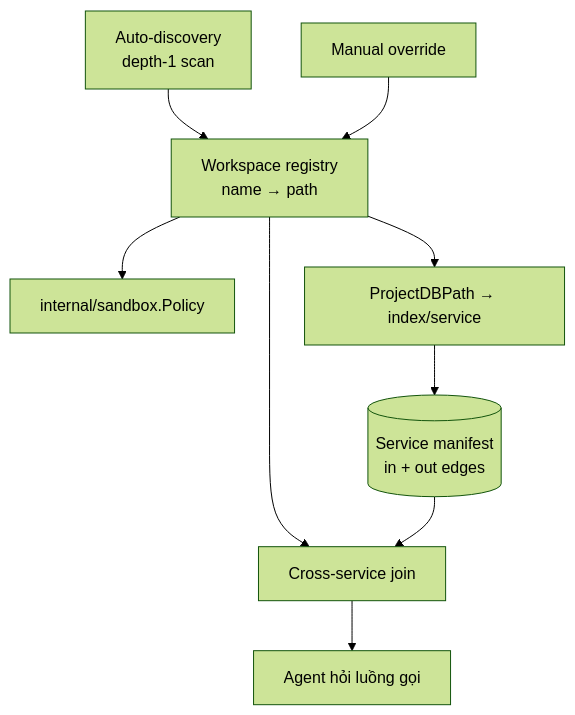
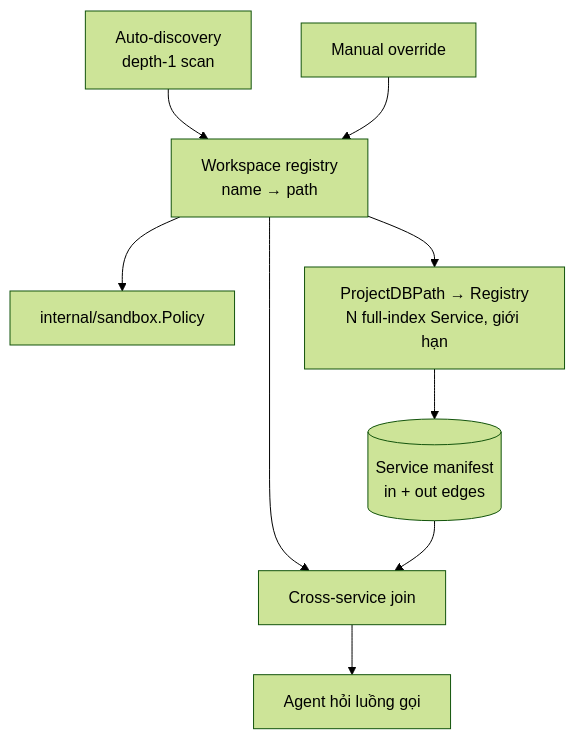
Before and after one commit to syurodev/dev-kit: the diagram in docs/dev-kit/workspace.mdx, drawn with Mermaid (forest theme). The commit also changed other lines of this file, not shown here.

First line of the commit message:
docs(workspace): relax FR-1 to a capped N-service Registry

````diff
--- a/docs/dev-kit/workspace.mdx
+++ b/docs/dev-kit/workspace.mdx
@@ -31,13 +34,13 @@
 ```mermaid
 flowchart TD
   DISC[Auto-discovery<br/>depth-1 scan] --> WS[Workspace registry<br/>name → path]
   MAN[Manual override] --> WS
 
   WS --> SB[internal/sandbox.Policy]
-  WS --> CG[ProjectDBPath → index/service]
+  WS --> CG[ProjectDBPath → Registry<br/>N full-index Service, giới hạn]
   WS --> JOIN[Cross-service join]
 
   CG --> MF[(Service manifest<br/>in + out edges)]
   MF --> JOIN
   JOIN --> AGENT[Agent hỏi luồng gọi]
 ```
````
